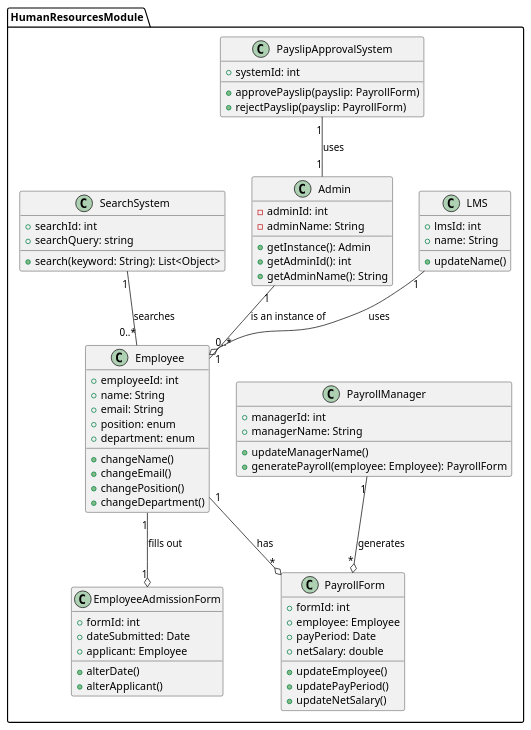
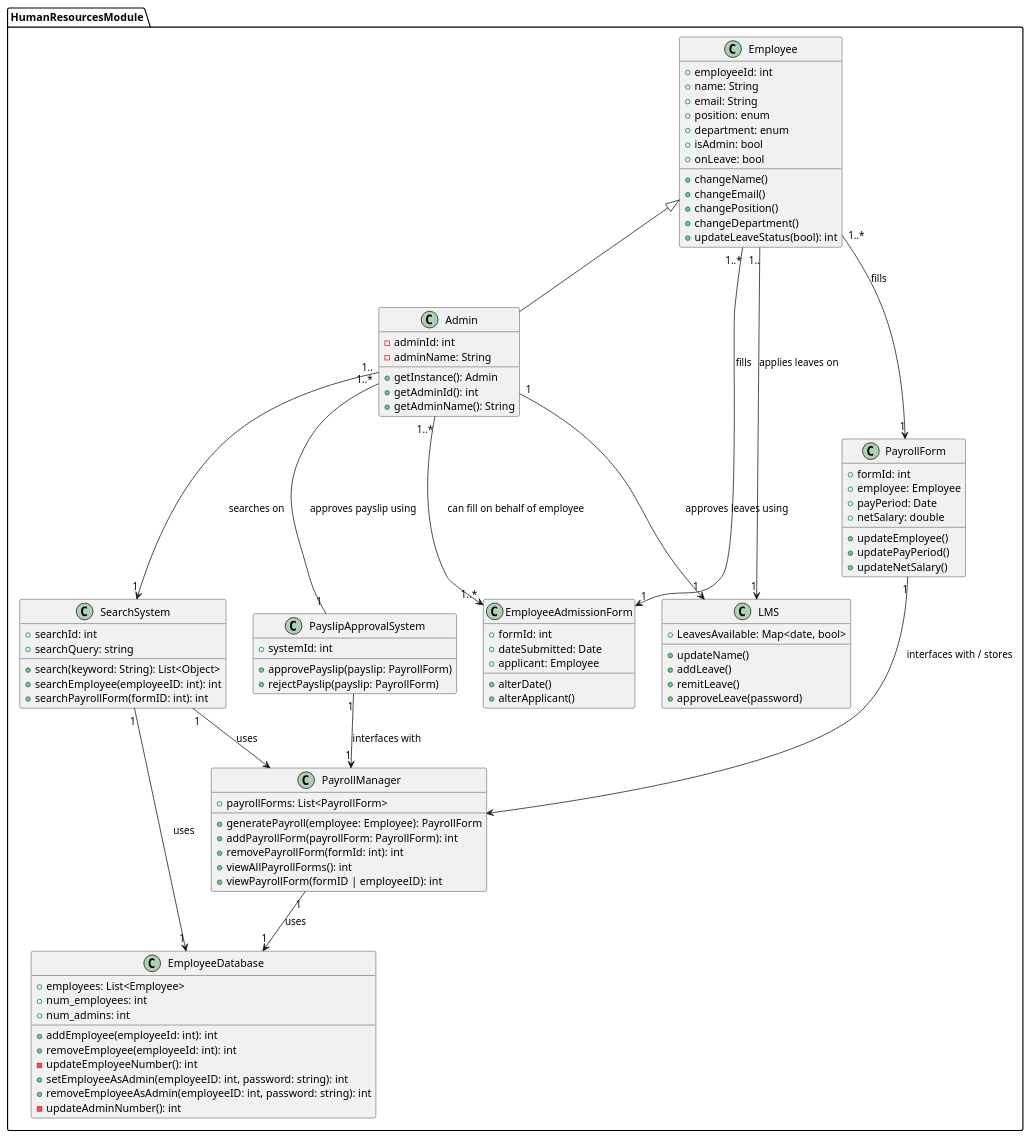
Before and after one commit to anshium/DASS-Assignment-3-IMS-System-Design: the diagram in human_resources.plantuml, drawn with PlantUML. The commit also changed 1 other file, not shown here.

```diff
--- a/human_resources.plantuml
+++ b/human_resources.plantuml
@@ -1,85 +1,113 @@
 @startuml employee
 
 package HumanResourcesModule {
 
 	class Employee {
 		+ employeeId: int
 		+ name: String
 		+ email: String
 		+ position: enum
 		+ department: enum
+		+ isAdmin: bool
+		+ onLeave: bool
 
 		+ changeName() 
 		+ changeEmail() 
 		+ changePosition() 
-		+ changeDepartment() 
+		+ changeDepartment()
+		+ updateLeaveStatus(bool): int 
 	}
 
 	class EmployeeAdmissionForm {
 		+ formId: int
 		+ dateSubmitted: Date
 		+ applicant: Employee
 		
 		+ alterDate()
 		+ alterApplicant()
 	}
 
 	class PayrollManager {
-		+ managerId: int
-		+ managerName: String
+		+ payrollForms: List<PayrollForm>
 
-		+ updateManagerName()
 		+ generatePayroll(employee: Employee): PayrollForm
+		+ addPayrollForm(payrollForm: PayrollForm): int
+		+ removePayrollForm(formId: int): int
+		+ viewAllPayrollForms(): int
+		+ viewPayrollForm(formID | employeeID): int
 	}
 
 	class PayrollForm {
 		+ formId: int
 		+ employee: Employee
 		+ payPeriod: Date
 		+ netSalary: double
 		
 		+ updateEmployee()
 		+ updatePayPeriod()
 		+ updateNetSalary()
 
 	}
 
 	class LMS {
-		+ lmsId: int
-		+ name: String
+		+ LeavesAvailable: Map<date, bool>
 		
 		+ updateName()
+		+ addLeave()
+		+ remitLeave()
+		'Only visible to the admin
+		+ approveLeave(password) 
 	}
 
 	class PayslipApprovalSystem {
 		+ systemId: int
 
 		+ approvePayslip(payslip: PayrollForm)
 		+ rejectPayslip(payslip: PayrollForm)
 	}
 
 	class SearchSystem {
 		+ searchId: int
 		+ searchQuery: string
 		
 		+ search(keyword: String): List<Object>
+		+ searchEmployee(employeeID: int): int
+		+ searchPayrollForm(formID: int): int
 	}
 
-	class Admin {
+	class Admin extends Employee{
 		- adminId: int
 		- adminName: String
 		+ getInstance(): Admin
 		+ getAdminId(): int
 		+ getAdminName(): String
 	}
 
-	Employee "1" --o "1" EmployeeAdmissionForm : fills out
-	PayrollManager "1" --o "*" PayrollForm : generates
-	Employee "1" --o "*" PayrollForm : has
-	LMS "1" --o "0..*" Employee : uses
-	PayslipApprovalSystem "1" -- "1" Admin : uses
-	Admin "1" -- "1" Employee : is an instance of
+	class EmployeeDatabase {
+		+ employees: List<Employee>
+		+ num_employees: int
+		+ num_admins: int
 
-	SearchSystem "1" -- "0..*" "Employee": searches
+		+ addEmployee(employeeId: int): int
+		+ removeEmployee(employeeId: int): int
+		- updateEmployeeNumber(): int
+		+ setEmployeeAsAdmin(employeeID: int, password: string): int
+		+ removeEmployeeAsAdmin(employeeID: int, password: string): int
+		- updateAdminNumber(): int
+	}
+
+	Admin "1..*" -- "1" PayslipApprovalSystem: approves payslip using
+	Employee "1.." --> "1" LMS: applies leaves on
+	Employee "1..*" --> "1" PayrollForm: fills
+	Admin "1.." --> "1" SearchSystem: searches on
+	SearchSystem "1" --> "1" EmployeeDatabase: uses
+	' Employees can fill the employee admission form, while their position can be an applicant
+	Employee "1..*" --> "1" EmployeeAdmissionForm: fills
+	Admin "1..*" --> "1..*" EmployeeAdmissionForm: can fill on behalf of employee
+	PayrollManager "1" --> "1" EmployeeDatabase: uses
+	PayrollForm "1" --> PayrollManager: interfaces with / stores
+	SearchSystem "1" --> PayrollManager: uses
+	PayslipApprovalSystem "1" --> "1" PayrollManager: interfaces with
+	Admin "1" --> "1" LMS: approves leaves using
 }
 @enduml
```
